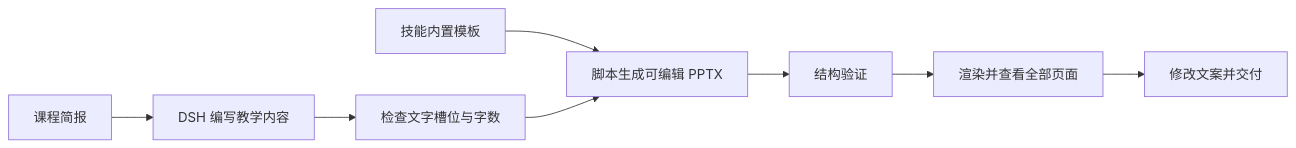
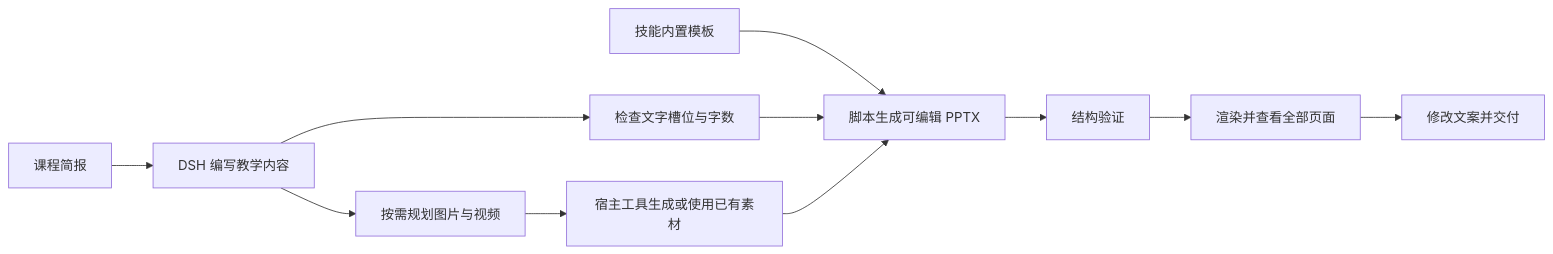
One commit to EasonZhu1997/instructor-course-ppt-template-skill changed the diagram in README.md. Above: the diagram before and after it, drawn with Mermaid. The commit also changed other lines of this file and 27 other files, not shown here.

````diff
--- a/README.md
+++ b/README.md
@@ -19,10 +23,13 @@
 ```mermaid
 flowchart LR
     A[课程简报] --> B[DSH 编写教学内容]
     B --> C[检查文字槽位与字数]
+    B --> M[按需规划图片与视频]
+    M --> N[宿主工具生成或使用已有素材]
     T[技能内置模板] --> D[脚本生成可编辑 PPTX]
     C --> D
+    N --> D
     D --> E[结构验证]
     E --> F[渲染并查看全部页面]
     F --> G[修改文案并交付]
 ```
````
